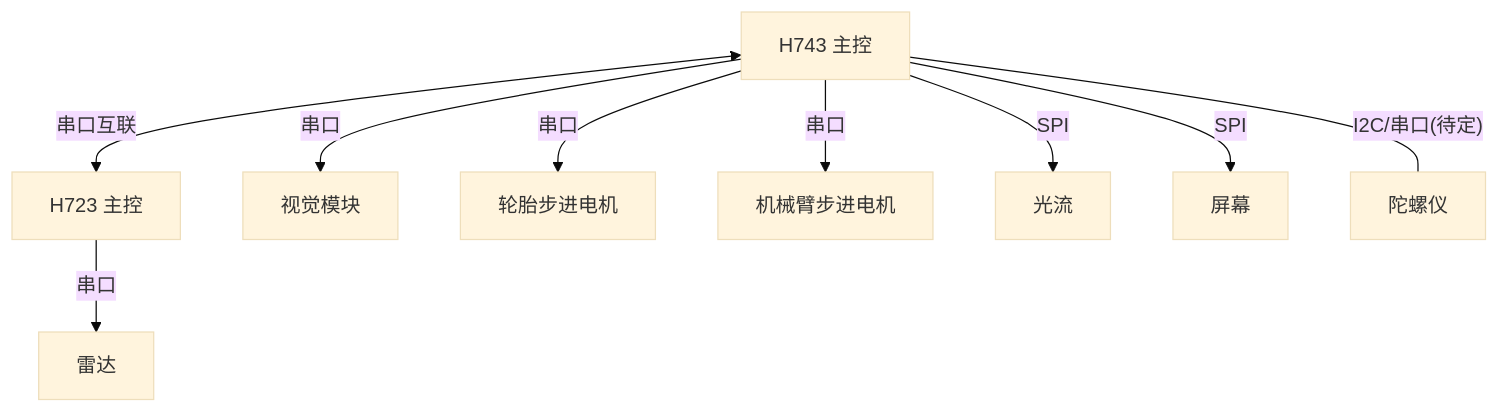
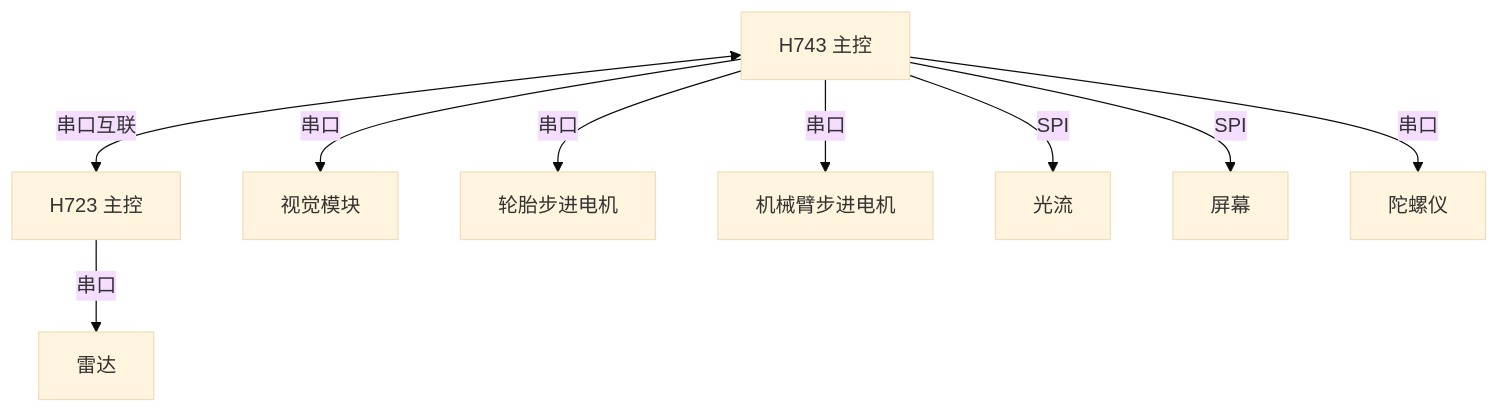
One commit to yuanyue1213/GONGXUNSAIPROJ changed the diagram in README/工程架构.md. Above: the diagram before and after it, drawn with Mermaid (base theme).

Commit message:
docs: 新增工程架构图（H743/H723 双主控与外设连接关系）

````diff
--- a/README/工程架构.md
+++ b/README/工程架构.md
@@ -3,13 +3,13 @@
 ```mermaid
 flowchart TD
     A["H743 主控"]
     B["H723 主控"]
     A <-->|"串口互联"| B
     A -->|"串口"| C["视觉模块"]
     A -->|"串口"| D["轮胎步进电机"]
     A -->|"串口"| E["机械臂步进电机"]
     A -->|"SPI"| G["光流"]
     A -->|"SPI"| H["屏幕"]
-    A ---|"I2C/串口(待定)"| I["陀螺仪"]
+    A -->|"串口"| I["陀螺仪"]
     B -->|"串口"| F["雷达"]
 ```
````
